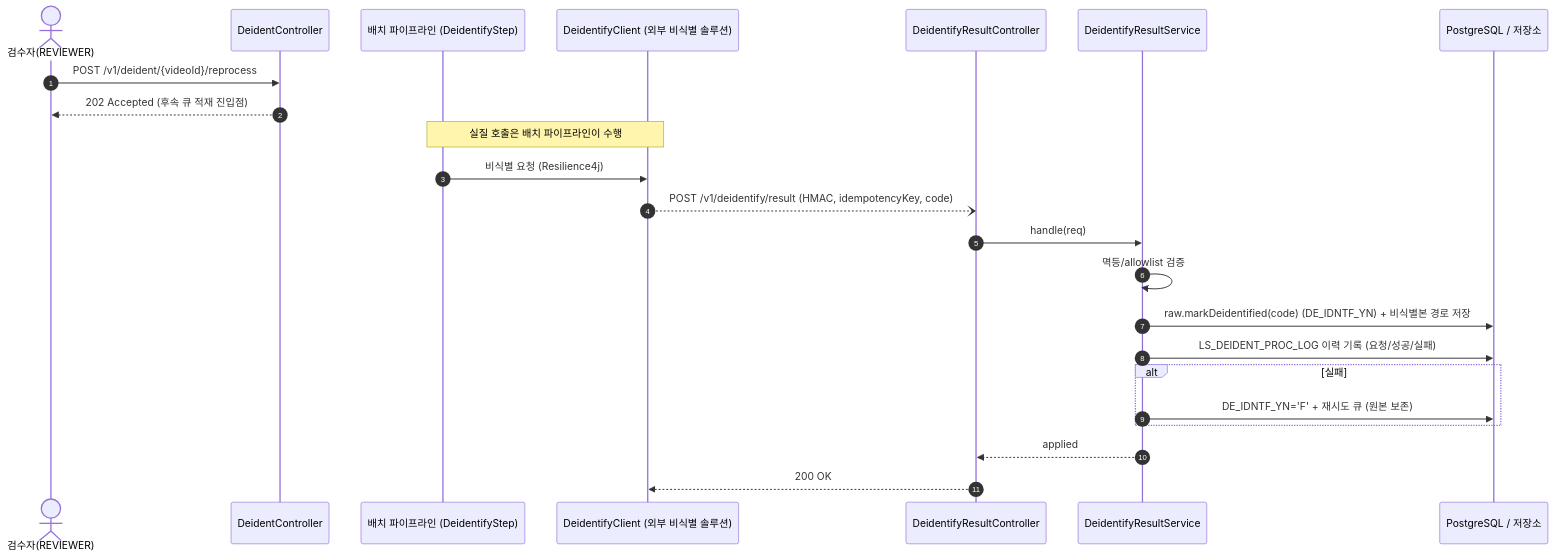
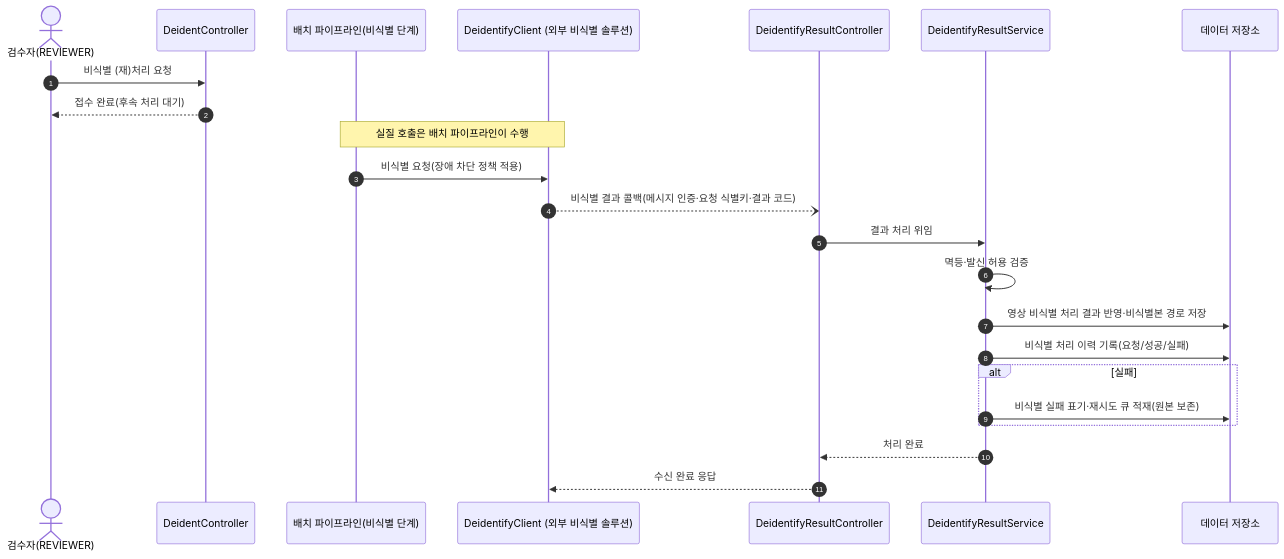
Diagram 11 of 26 in docs/design/D1-클래스설계서.md (New-stella/klid-label), drawn with Mermaid before and after one commit. The commit also changed other lines of this file and 32 other files, not shown here.

````diff
--- a/docs/design/D1-클래스설계서.md
+++ b/docs/design/D1-클래스설계서.md
@@ -622,25 +597,25 @@
 ```mermaid
 sequenceDiagram
     autonumber
     actor RV as 검수자(REVIEWER)
     participant DC as DeidentController
-    participant BO as 배치 파이프라인 (DeidentifyStep)
+    participant BO as 배치 파이프라인(비식별 단계)
     participant DE as DeidentifyClient (외부 비식별 솔루션)
     participant DRC as DeidentifyResultController
     participant DRS as DeidentifyResultService
-    participant DB as PostgreSQL / 저장소
-    RV->>DC: POST /v1/deident/{videoId}/reprocess
-    DC-->>RV: 202 Accepted (후속 큐 적재 진입점)
+    participant DB as 데이터 저장소
+    RV->>DC: 비식별 (재)처리 요청
+    DC-->>RV: 접수 완료(후속 처리 대기)
     Note over BO,DE: 실질 호출은 배치 파이프라인이 수행
-    BO->>DE: 비식별 요청 (Resilience4j)
-    DE--)DRC: POST /v1/deidentify/result (HMAC, idempotencyKey, code)
-    DRC->>DRS: handle(req)
-    DRS->>DRS: 멱등/allowlist 검증
-    DRS->>DB: raw.markDeidentified(code) (DE_IDNTF_YN) + 비식별본 경로 저장
-    DRS->>DB: LS_DEIDENT_PROC_LOG 이력 기록 (요청/성공/실패)
+    BO->>DE: 비식별 요청(장애 차단 정책 적용)
+    DE--)DRC: 비식별 결과 콜백(메시지 인증·요청 식별키·결과 코드)
+    DRC->>DRS: 결과 처리 위임
+    DRS->>DRS: 멱등·발신 허용 검증
+    DRS->>DB: 영상 비식별 처리 결과 반영·비식별본 경로 저장
+    DRS->>DB: 비식별 처리 이력 기록(요청/성공/실패)
     alt 실패
-        DRS->>DB: DE_IDNTF_YN='F' + 재시도 큐 (원본 보존)
+        DRS->>DB: 비식별 실패 표기·재시도 큐 적재(원본 보존)
     end
-    DRS-->>DRC: applied
-    DRC-->>DE: 200 OK
+    DRS-->>DRC: 처리 완료
+    DRC-->>DE: 수신 완료 응답
 ```
````
